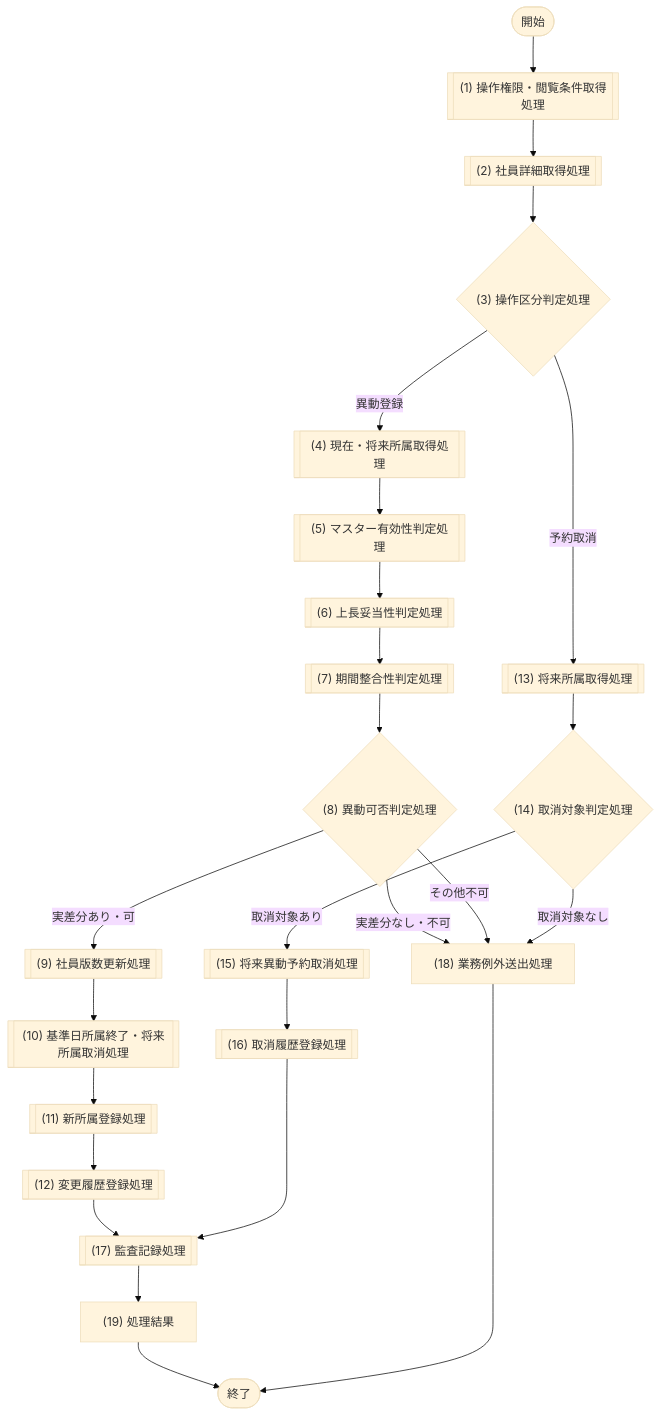
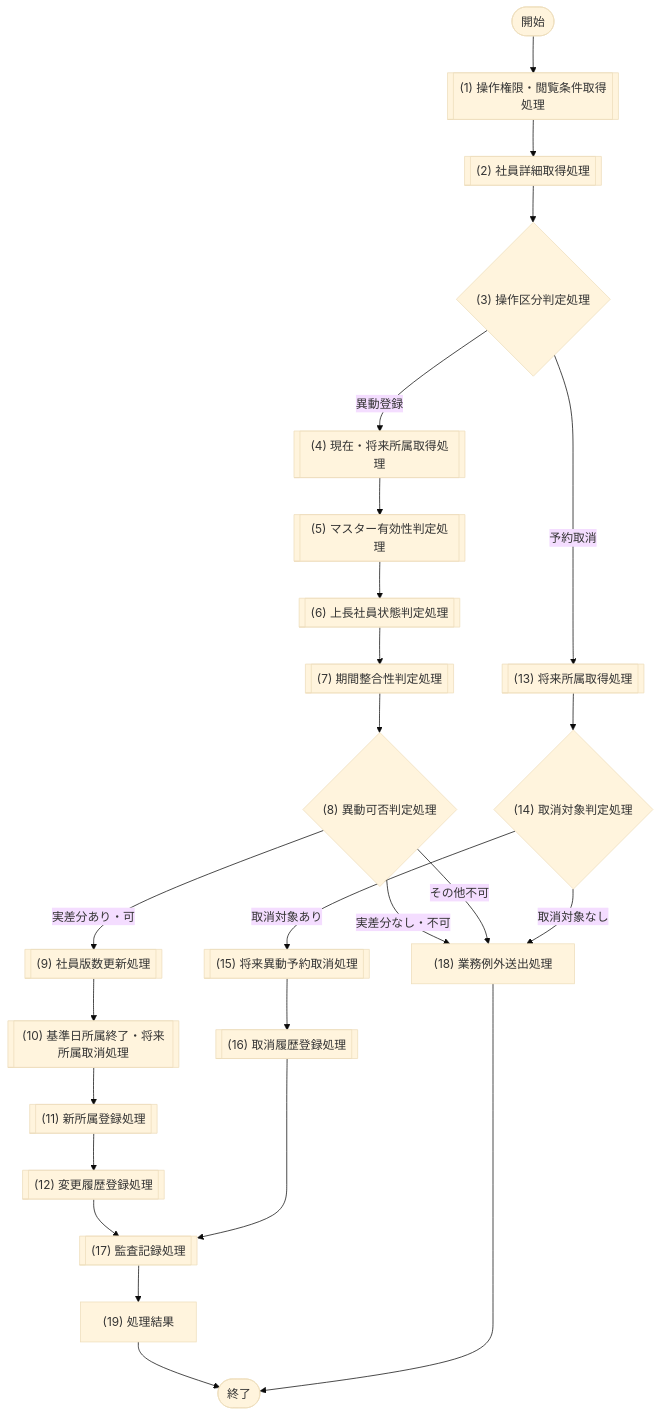
The seventh of 24 diagrams in 社員名簿管理システム/07_モジュール設計.md (sikakou54/system-document-template), drawn with Mermaid (base theme) before and after one commit. The commit also changed other lines of this file and 11 other files, not shown here.

Commit message:
機能要件レビューとシーケンス図を改善

````diff
--- a/社員名簿管理システム/07_モジュール設計.md
+++ b/社員名簿管理システム/07_モジュール設計.md
@@ -377,11 +377,11 @@
 ```mermaid
 flowchart TD
   Start([開始]) --> P1[["(1) 操作権限・閲覧条件取得処理"]] --> P2[["(2) 社員詳細取得処理"]] --> D0{"(3) 操作区分判定処理"}
-  D0 -- 異動登録 --> P3[["(4) 現在・将来所属取得処理"]] --> P4[["(5) マスター有効性判定処理"]] --> P5[["(6) 上長妥当性判定処理"]] --> P6[["(7) 期間整合性判定処理"]] --> D1{"(8) 異動可否判定処理"}
+  D0 -- 異動登録 --> P3[["(4) 現在・将来所属取得処理"]] --> P4[["(5) マスター有効性判定処理"]] --> P5[["(6) 上長社員状態判定処理"]] --> P6[["(7) 期間整合性判定処理"]] --> D1{"(8) 異動可否判定処理"}
   D1 -- 実差分あり・可 --> P7[["(9) 社員版数更新処理"]] --> P8[["(10) 基準日所属終了・将来所属取消処理"]] --> P9[["(11) 新所属登録処理"]] --> P10[["(12) 変更履歴登録処理"]] --> P11[["(17) 監査記録処理"]] --> P12["(19) 処理結果"] --> End([終了])
   D1 -- 実差分なし・不可 --> E1["(18) 業務例外送出処理"] --> End
   D1 -- その他不可 --> E1
   D0 -- 予約取消 --> P13[["(13) 将来所属取得処理"]] --> D2{"(14) 取消対象判定処理"}
   D2 -- 取消対象あり --> P14[["(15) 将来異動予約取消処理"]] --> P15[["(16) 取消履歴登録処理"]] --> P11
   D2 -- 取消対象なし --> E1
 ```
````
